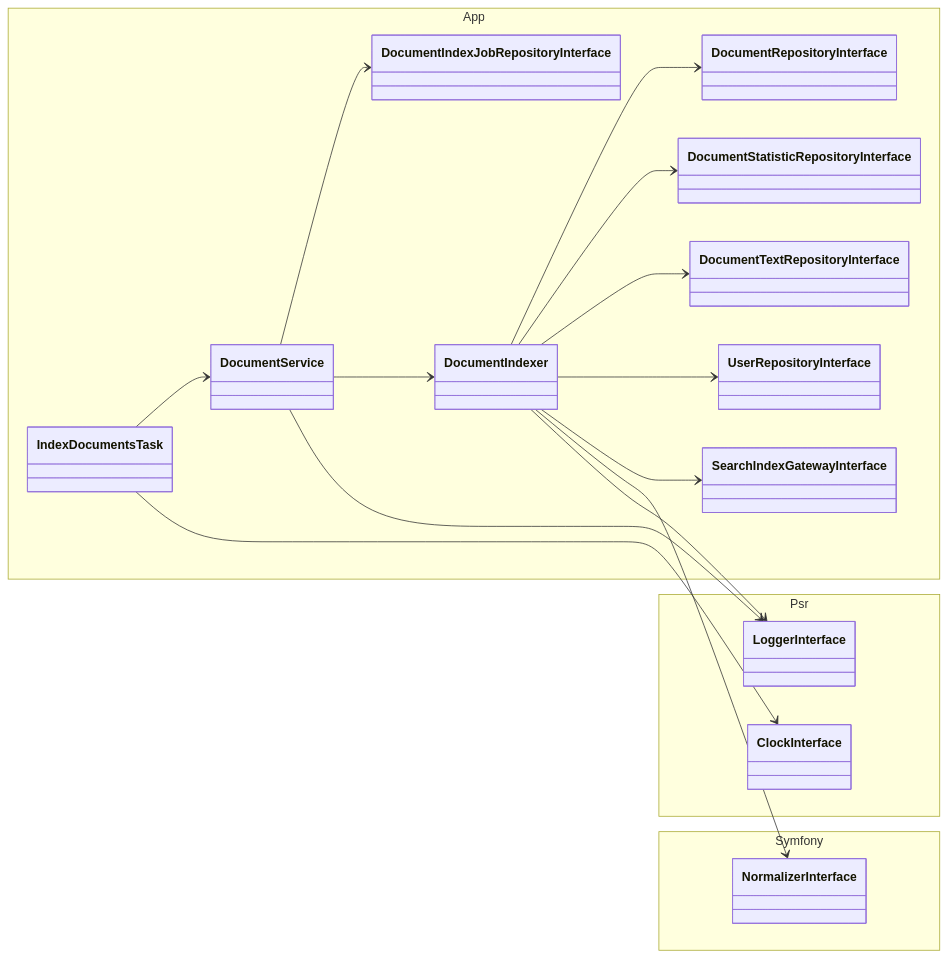
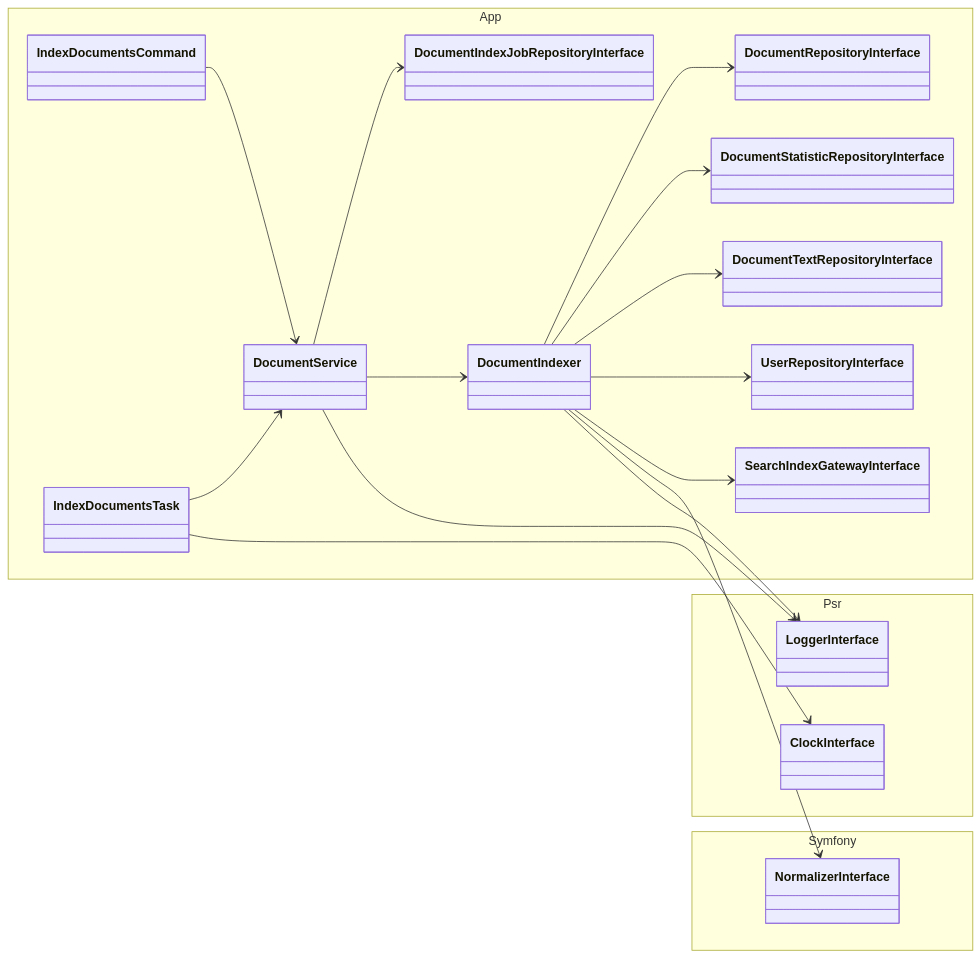
One commit to danrot/rewriting-software-without-spending-millions changed the diagram in diagrams/class-overview.mmd. Above: the diagram before and after it, drawn with Mermaid. The commit also changed 4 other files, not shown here.

```diff
--- a/diagrams/class-overview.mmd
+++ b/diagrams/class-overview.mmd
@@ -1,33 +1,35 @@
 classDiagram
 direction LR
 	namespace App {
+        class IndexDocumentsCommand
         class IndexDocumentsTask
         class DocumentService
         class DocumentIndexJobRepositoryInterface
         class DocumentIndexer
         class DocumentRepositoryInterface
         class DocumentStatisticRepositoryInterface
         class DocumentTextRepositoryInterface
         class UserRepositoryInterface
         class SearchIndexGatewayInterface
 	}
 	namespace Psr {
         class ClockInterface
         class LoggerInterface
 	}
 	namespace Symfony {
         class NormalizerInterface
 	}
 
+    IndexDocumentsCommand --> DocumentService
     IndexDocumentsTask --> DocumentService
     IndexDocumentsTask --> ClockInterface
     DocumentService --> DocumentIndexJobRepositoryInterface
     DocumentService --> DocumentIndexer
     DocumentService --> LoggerInterface
     DocumentIndexer --> DocumentRepositoryInterface
     DocumentIndexer --> DocumentStatisticRepositoryInterface
     DocumentIndexer --> DocumentTextRepositoryInterface
     DocumentIndexer --> UserRepositoryInterface
     DocumentIndexer --> SearchIndexGatewayInterface
     DocumentIndexer --> NormalizerInterface
     DocumentIndexer --> LoggerInterface
```
